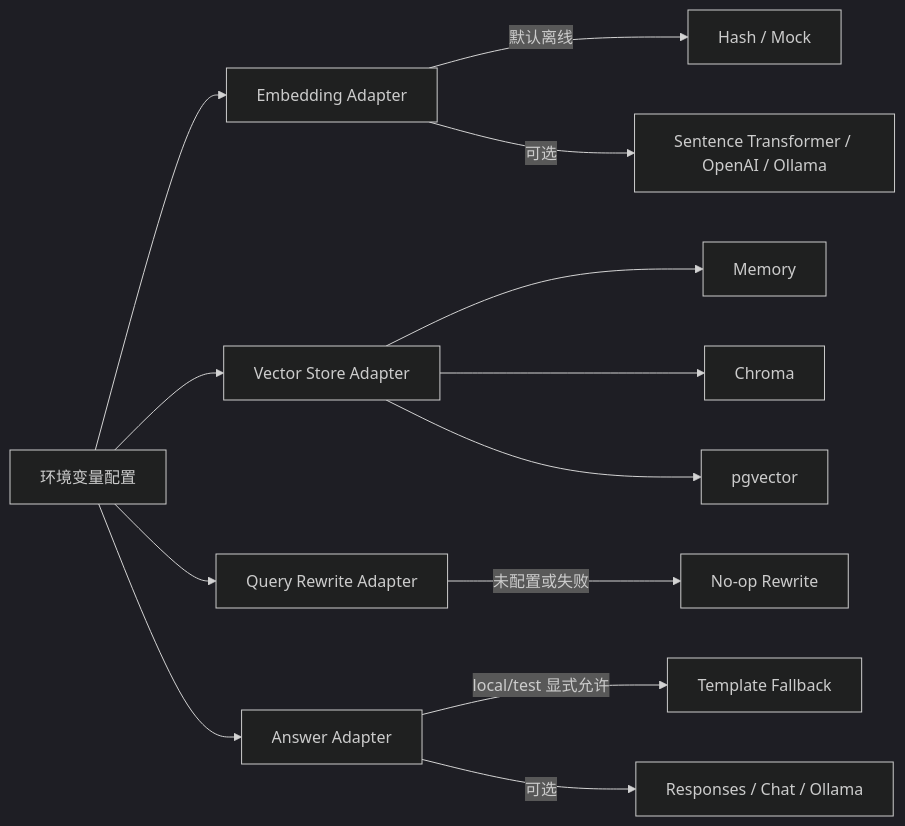
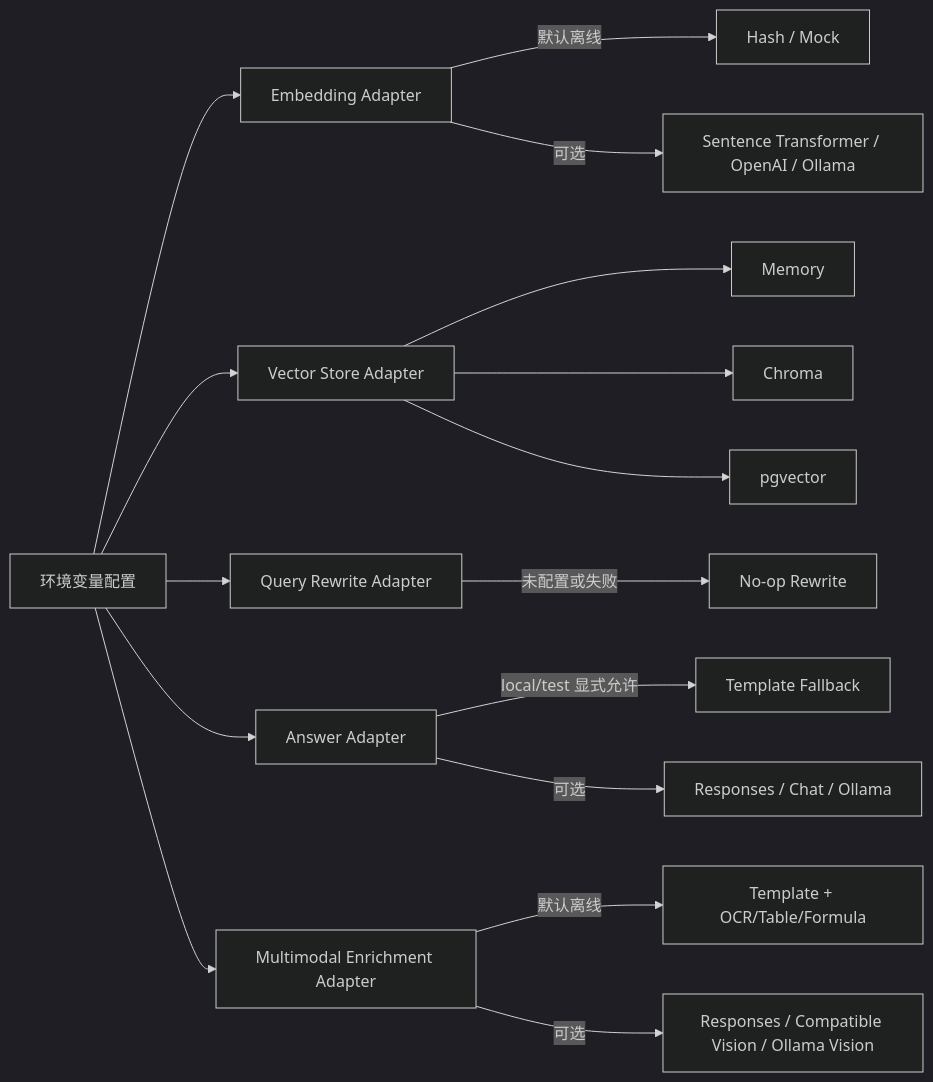
Before and after one commit to 728792899-create/personal-multimodal-rag: the sixth of 6 diagrams in docs/architecture.md, drawn with Mermaid (dark theme). The commit also changed other lines of this file and 43 other files, not shown here.

Commit message:
feat: add provenance graph retrieval and multimodal enrichment

````diff
--- a/docs/architecture.md
+++ b/docs/architecture.md
@@ -166,16 +202,19 @@
 ```mermaid
 flowchart LR
   CFG["环境变量配置"] --> EMB["Embedding Adapter"]
   CFG --> VS["Vector Store Adapter"]
   CFG --> RW["Query Rewrite Adapter"]
   CFG --> AG["Answer Adapter"]
+  CFG --> ME["Multimodal Enrichment Adapter"]
 
   EMB -->|"默认离线"| MOCK["Hash / Mock"]
   EMB -->|"可选"| REAL_EMB["Sentence Transformer / OpenAI / Ollama"]
   VS --> MEMORY["Memory"]
   VS --> CHROMA["Chroma"]
   VS --> PG["pgvector"]
   RW -->|"未配置或失败"| NOOP["No-op Rewrite"]
   AG -->|"local/test 显式允许"| TEMPLATE["Template Fallback"]
   AG -->|"可选"| RESPONSES["Responses / Chat / Ollama"]
+  ME -->|"默认离线"| TEMPLATE_ENRICH["Template + OCR/Table/Formula"]
+  ME -->|"可选"| VISION["Responses / Compatible Vision / Ollama Vision"]
 ```
````
